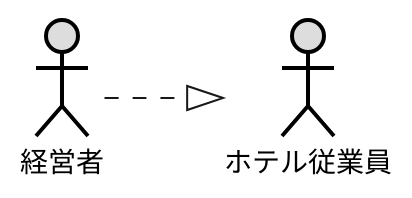
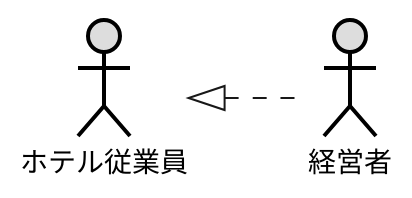
Before and after one commit to yoshidasen/uml-introduction: the diagram in 演習2-2_ホテル従業員.pu, drawn with PlantUML. The commit also changed 1 other file, not shown here.

```diff
--- a/演習2-2_ホテル従業員.pu
+++ b/演習2-2_ホテル従業員.pu
@@ -1,7 +1,7 @@
 @startuml 演習2-2 
     left to right direction
     actor 経営者 #DDDDDD;line:black;line.bold;
     actor ホテル従業員 #DDDDDD;line:black;line.bold;
 
-    経営者-[dashed]-|>ホテル従業員
+    ホテル従業員<|-[dashed]-経営者
 @enduml
```
